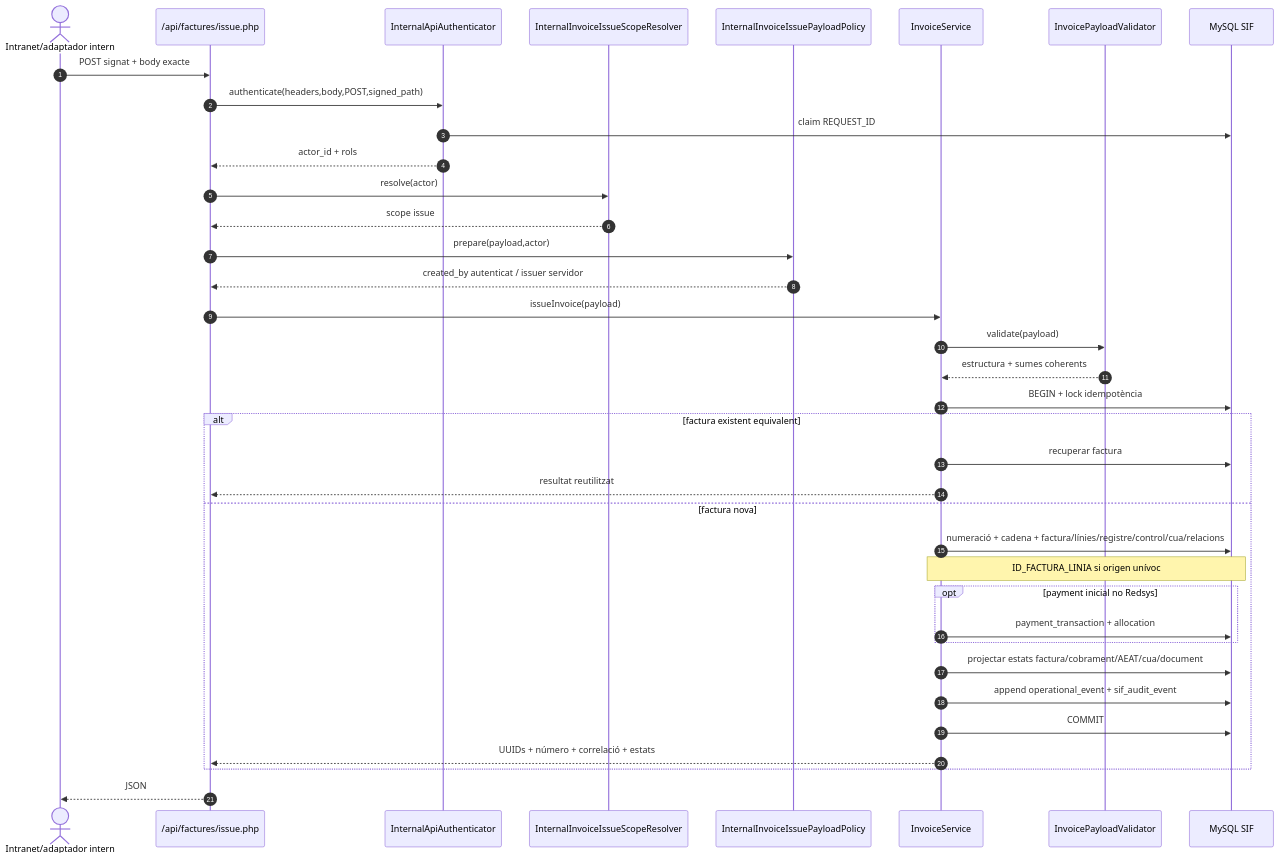
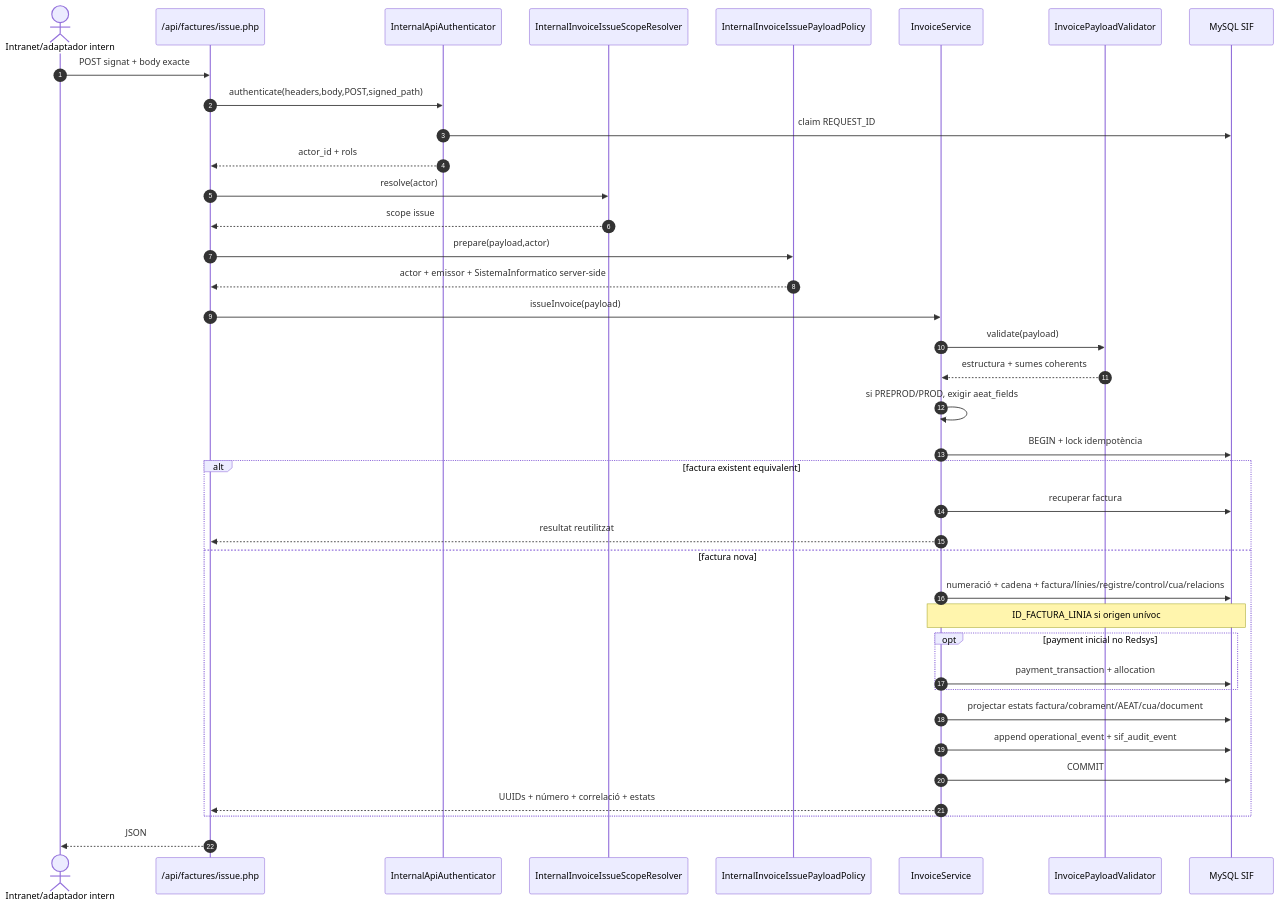
The first of 4 diagrams in documentacio/07-uml-integrat/uc-001-sequencies-actual-final.md (orgmeriemprismacat-del/verifactu), drawn with Mermaid before and after one commit.

Commit message:
docs(UC-001): reflectir guard AEAT global i identitat SIF

````diff
--- a/documentacio/07-uml-integrat/uc-001-sequencies-actual-final.md
+++ b/documentacio/07-uml-integrat/uc-001-sequencies-actual-final.md
@@ -5,39 +5,40 @@
 ```mermaid
 sequenceDiagram
 autonumber
 actor I as Intranet/adaptador intern
 participant API as /api/factures/issue.php
 participant A as InternalApiAuthenticator
 participant R as InternalInvoiceIssueScopeResolver
 participant P as InternalInvoiceIssuePayloadPolicy
 participant S as InvoiceService
 participant V as InvoicePayloadValidator
 participant DB as MySQL SIF
 I->>API: POST signat + body exacte
 API->>A: authenticate(headers,body,POST,signed_path)
 A->>DB: claim REQUEST_ID
 A-->>API: actor_id + rols
 API->>R: resolve(actor)
 R-->>API: scope issue
 API->>P: prepare(payload,actor)
-P-->>API: created_by autenticat / issuer servidor
+P-->>API: actor + emissor + SistemaInformatico server-side
 API->>S: issueInvoice(payload)
 S->>V: validate(payload)
 V-->>S: estructura + sumes coherents
+S->>S: si PREPROD/PROD, exigir aeat_fields
 S->>DB: BEGIN + lock idempotència
 alt factura existent equivalent
  S->>DB: recuperar factura
  S-->>API: resultat reutilitzat
 else factura nova
  S->>DB: numeració + cadena + factura/línies/registre/control/cua/relacions
  Note over S,DB: ID_FACTURA_LINIA si origen unívoc
  opt payment inicial no Redsys
   S->>DB: payment_transaction + allocation
  end
  S->>DB: projectar estats factura/cobrament/AEAT/cua/document
  S->>DB: append operational_event + sif_audit_event
  S->>DB: COMMIT
  S-->>API: UUIDs + número + correlació + estats
 end
 API-->>I: JSON
 ```
````
